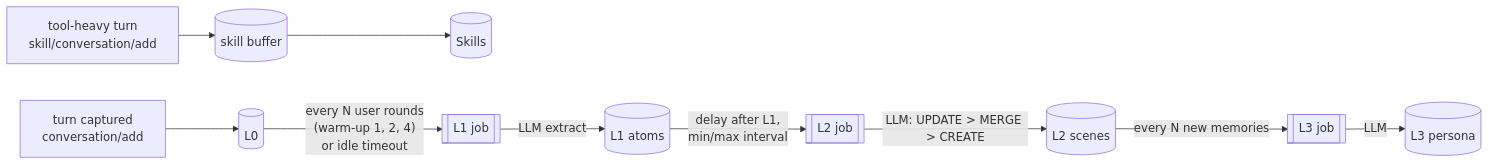
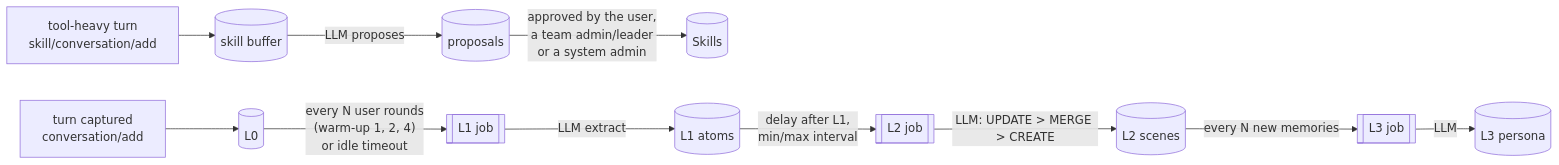
Before and after one commit to hsuanshao/AgentMemory: the sixth of 12 diagrams in docs/ARCHITECTURE.md, drawn with Mermaid. The commit also changed other lines of this file and 28 other files, not shown here.

````diff
--- a/docs/ARCHITECTURE.md
+++ b/docs/ARCHITECTURE.md
@@ -185,11 +185,13 @@
 ```mermaid
 flowchart LR
   T["turn captured<br/>conversation/add"] --> L0[(L0)]
-  T2["tool-heavy turn<br/>skill/conversation/add"] --> SB[(skill buffer)] --> SK[(Skills)]
+  T2["tool-heavy turn<br/>skill/conversation/add"] --> SB[(skill buffer)]
+  SB -- "LLM proposes" --> SP[(proposals)]
+  SP -- "approved by the user,<br/>a team admin/leader<br/>or a system admin" --> SK[(Skills)]
   L0 -- "every N user rounds<br/>(warm-up 1, 2, 4)<br/>or idle timeout" --> J1[[L1 job]]
   J1 -- LLM extract --> L1[(L1 atoms)]
   L1 -- "delay after L1,<br/>min/max interval" --> J2[[L2 job]]
   J2 -- "LLM: UPDATE > MERGE > CREATE" --> L2[(L2 scenes)]
   L2 -- "every N new memories" --> J3[[L3 job]]
   J3 -- LLM --> L3[(L3 persona)]
 ```
````
